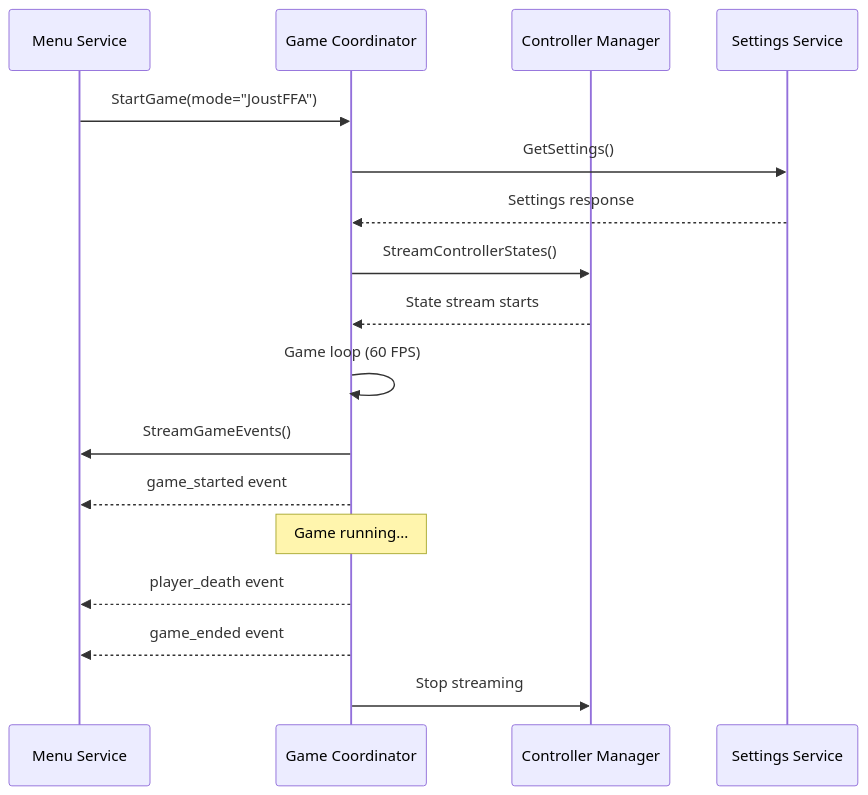
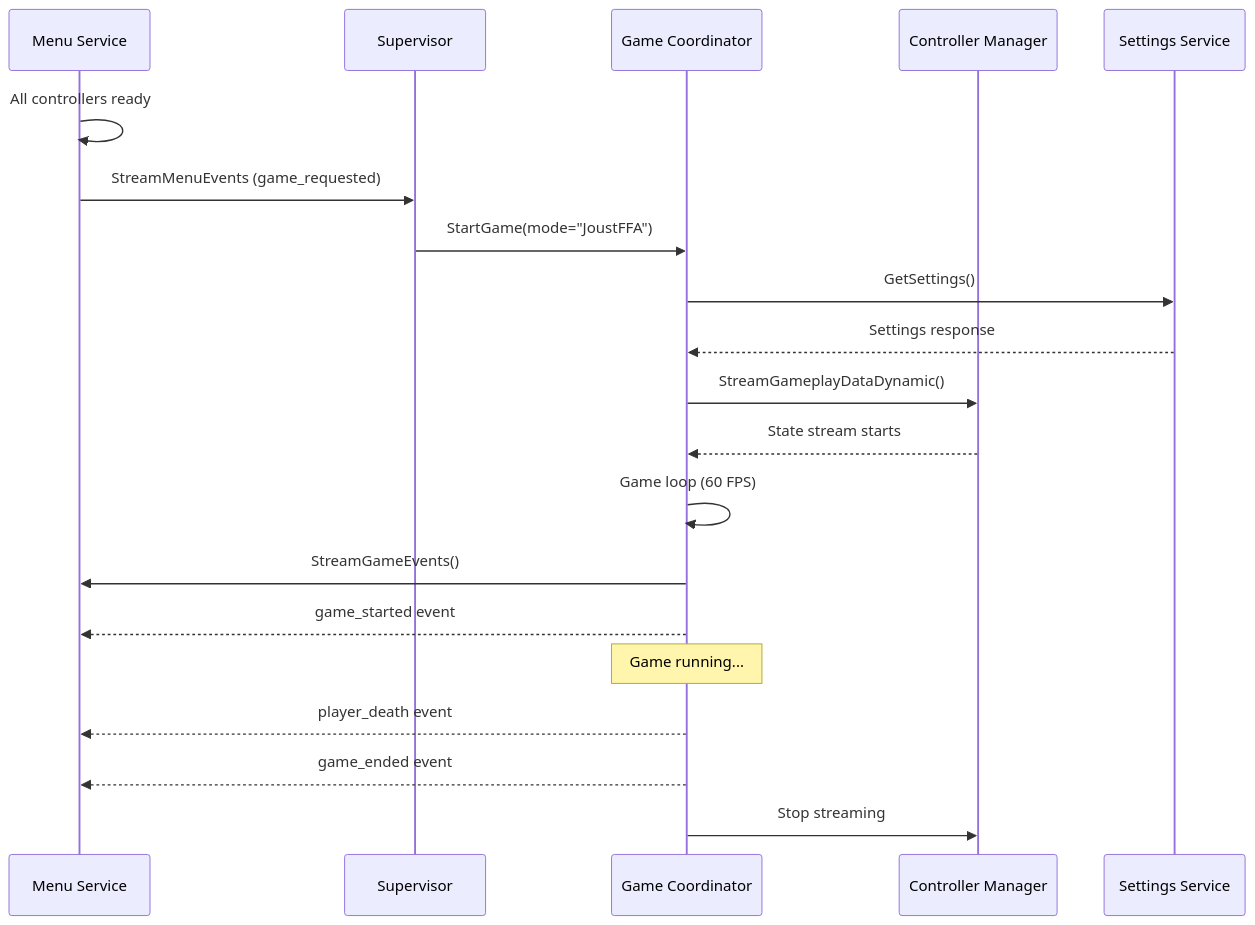
One commit to adangert/JoustMania changed the fifth of 6 diagrams in docs/ARCHITECTURE.md. Above: the diagram before and after it, drawn with Mermaid. The commit also changed other lines of this file and 40 other files, not shown here.

````diff
--- a/docs/ARCHITECTURE.md
+++ b/docs/ARCHITECTURE.md
@@ -415,20 +416,23 @@
 ```mermaid
 sequenceDiagram
     participant Menu as Menu Service
+    participant Supervisor as Supervisor
     participant Game as Game Coordinator
     participant CM as Controller Manager
     participant Settings as Settings Service
 
-    Menu->>Game: StartGame(mode="JoustFFA")
+    Menu->>Menu: All controllers ready
+    Menu->>Supervisor: StreamMenuEvents (game_requested)
+    Supervisor->>Game: StartGame(mode="JoustFFA")
     Game->>Settings: GetSettings()
     Settings-->>Game: Settings response
-    Game->>CM: StreamControllerStates()
+    Game->>CM: StreamGameplayDataDynamic()
     CM-->>Game: State stream starts
     Game->>Game: Game loop (60 FPS)
     Game->>Menu: StreamGameEvents()
     Game-->>Menu: game_started event
     Note over Game: Game running...
     Game-->>Menu: player_death event
     Game-->>Menu: game_ended event
     Game->>CM: Stop streaming
 ```
````
